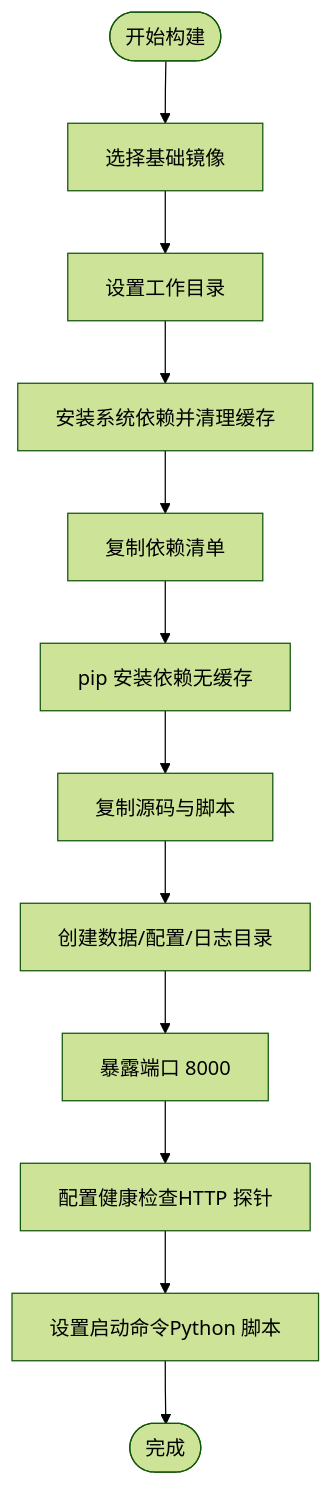
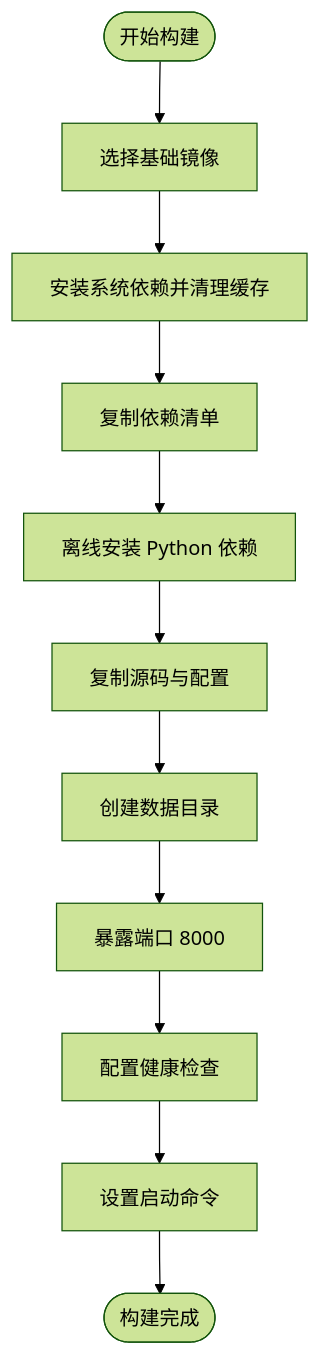
One commit to JieGaoPrinceton/NecoRAG changed the third of 5 diagrams in .qoder/repowiki/zh/content/部署与运维/容器化部署.md. Above: the diagram before and after it, drawn with Mermaid (forest theme). The commit also changed other lines of this file and 181 other files, not shown here.

````diff
--- a/.qoder/repowiki/zh/content/部署与运维/容器化部署.md
+++ b/.qoder/repowiki/zh/content/部署与运维/容器化部署.md
@@ -153,14 +165,13 @@
 ```mermaid
 flowchart TD
 Start(["开始构建"]) --> Base["选择基础镜像"]
-Base --> WorkDir["设置工作目录"]
-WorkDir --> SysDeps["安装系统依赖并清理缓存"]
+Base --> SysDeps["安装系统依赖并清理缓存"]
 SysDeps --> CopyReqs["复制依赖清单"]
-CopyReqs --> PipInstall["pip 安装依赖无缓存"]
-PipInstall --> CopySrc["复制源码与脚本"]
-CopySrc --> Mkdir["创建数据/配置/日志目录"]
+CopyReqs --> PipInstall["离线安装 Python 依赖"]
+PipInstall --> CopySrc["复制源码与配置"]
+CopySrc --> Mkdir["创建数据目录"]
 Mkdir --> Expose["暴露端口 8000"]
-Expose --> Health["配置健康检查HTTP 探针"]
-Health --> Cmd["设置启动命令Python 脚本"]
-Cmd --> End(["完成"])
+Expose --> Health["配置健康检查"]
+Health --> Cmd["设置启动命令"]
+Cmd --> End(["构建完成"])
 ```
````
